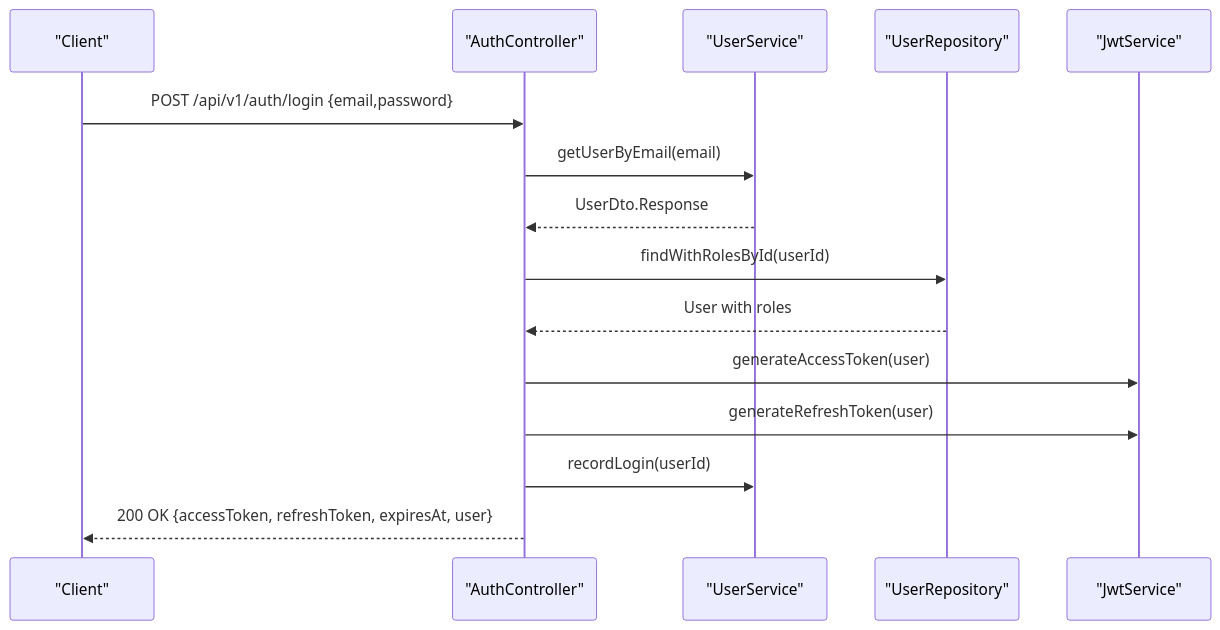
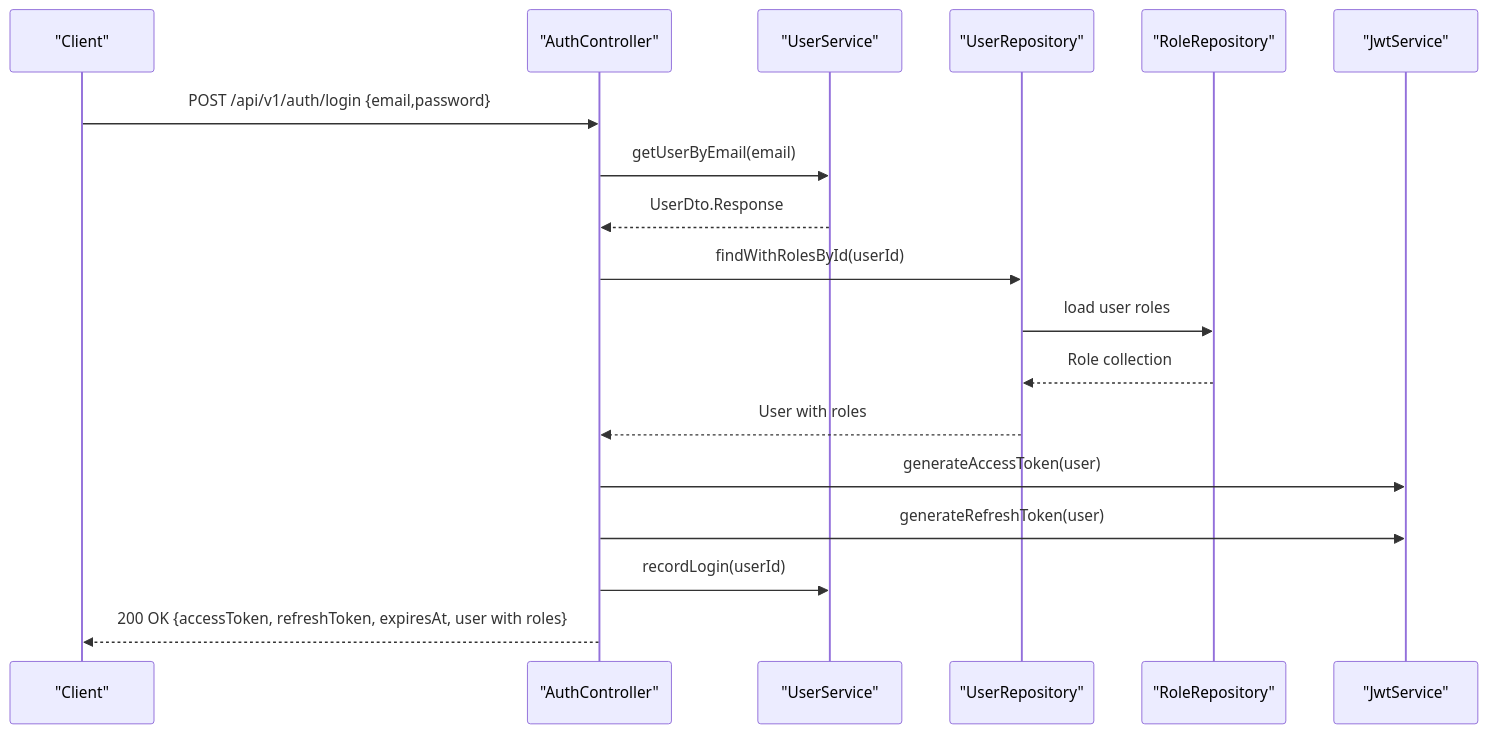
One commit to Vostrikov2014/vks-qoder changed the third of 6 diagrams in .qoder/repowiki/en/content/Backend Modules/API Layer/Authentication Controller.md. Above: the diagram before and after it, drawn with Mermaid. The commit also changed other lines of this file and 11 other files, not shown here.

````diff
--- a/.qoder/repowiki/en/content/Backend Modules/API Layer/Authentication Controller.md
+++ b/.qoder/repowiki/en/content/Backend Modules/API Layer/Authentication Controller.md
@@ -151,17 +169,20 @@
 ```mermaid
 sequenceDiagram
 participant C as "Client"
 participant A as "AuthController"
 participant U as "UserService"
 participant R as "UserRepository"
+participant RL as "RoleRepository"
 participant J as "JwtService"
 C->>A : POST /api/v1/auth/login {email,password}
 A->>U : getUserByEmail(email)
 U-->>A : UserDto.Response
 A->>R : findWithRolesById(userId)
+R->>RL : load user roles
+RL-->>R : Role collection
 R-->>A : User with roles
 A->>J : generateAccessToken(user)
 A->>J : generateRefreshToken(user)
 A->>U : recordLogin(userId)
-A-->>C : 200 OK {accessToken, refreshToken, expiresAt, user}
+A-->>C : 200 OK {accessToken, refreshToken, expiresAt, user with roles}
 ```
````
